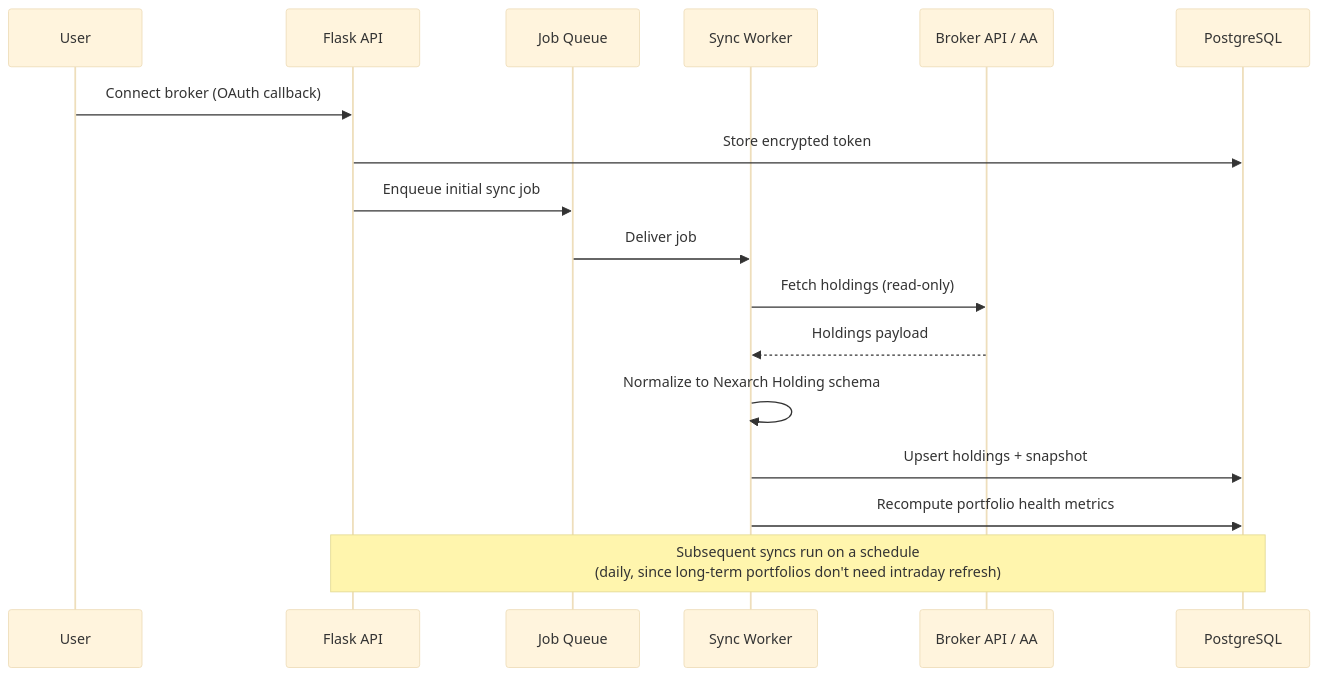
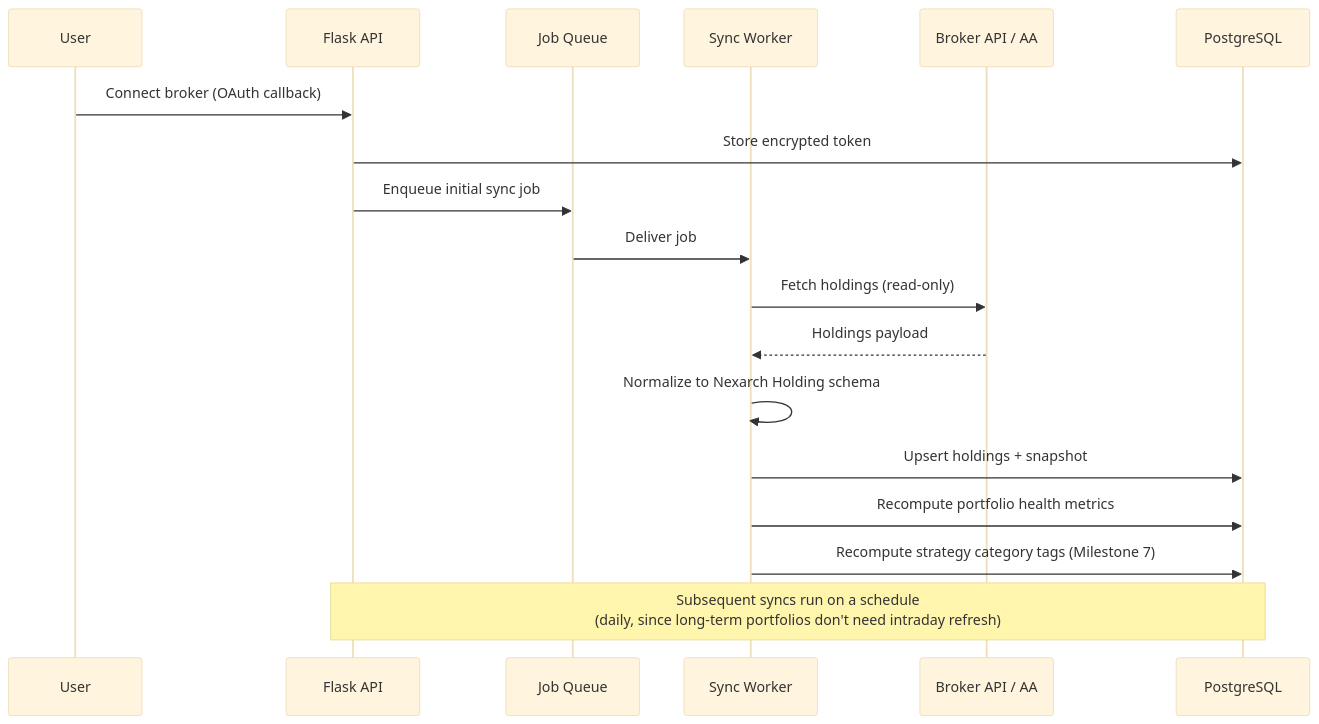
Before and after one commit to ChandanSurya96/Nexarch-project: the second of 2 diagrams in docs/architecture.md, drawn with Mermaid (base theme). The commit also changed 20 other files, not shown here.

````diff
--- a/docs/architecture.md
+++ b/docs/architecture.md
@@ -70,20 +70,21 @@
 ```mermaid
 sequenceDiagram
     participant U as User
     participant API as Flask API
     participant Q as Job Queue
     participant W as Sync Worker
     participant SRC as Broker API / AA
     participant DB as PostgreSQL
 
     U->>API: Connect broker (OAuth callback)
     API->>DB: Store encrypted token
     API->>Q: Enqueue initial sync job
     Q->>W: Deliver job
     W->>SRC: Fetch holdings (read-only)
     SRC-->>W: Holdings payload
     W->>W: Normalize to Nexarch Holding schema
     W->>DB: Upsert holdings + snapshot
     W->>DB: Recompute portfolio health metrics
+    W->>DB: Recompute strategy category tags (Milestone 7)
     Note over API,DB: Subsequent syncs run on a schedule<br/>(daily, since long-term portfolios don't need intraday refresh)
 ```
````
